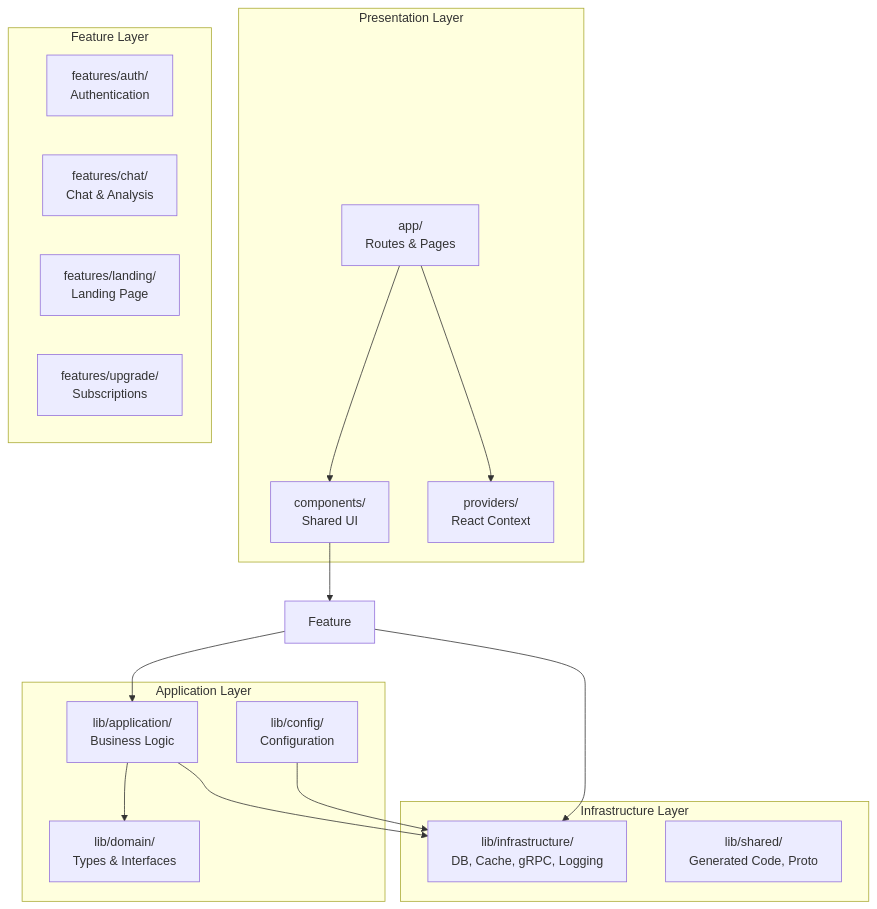
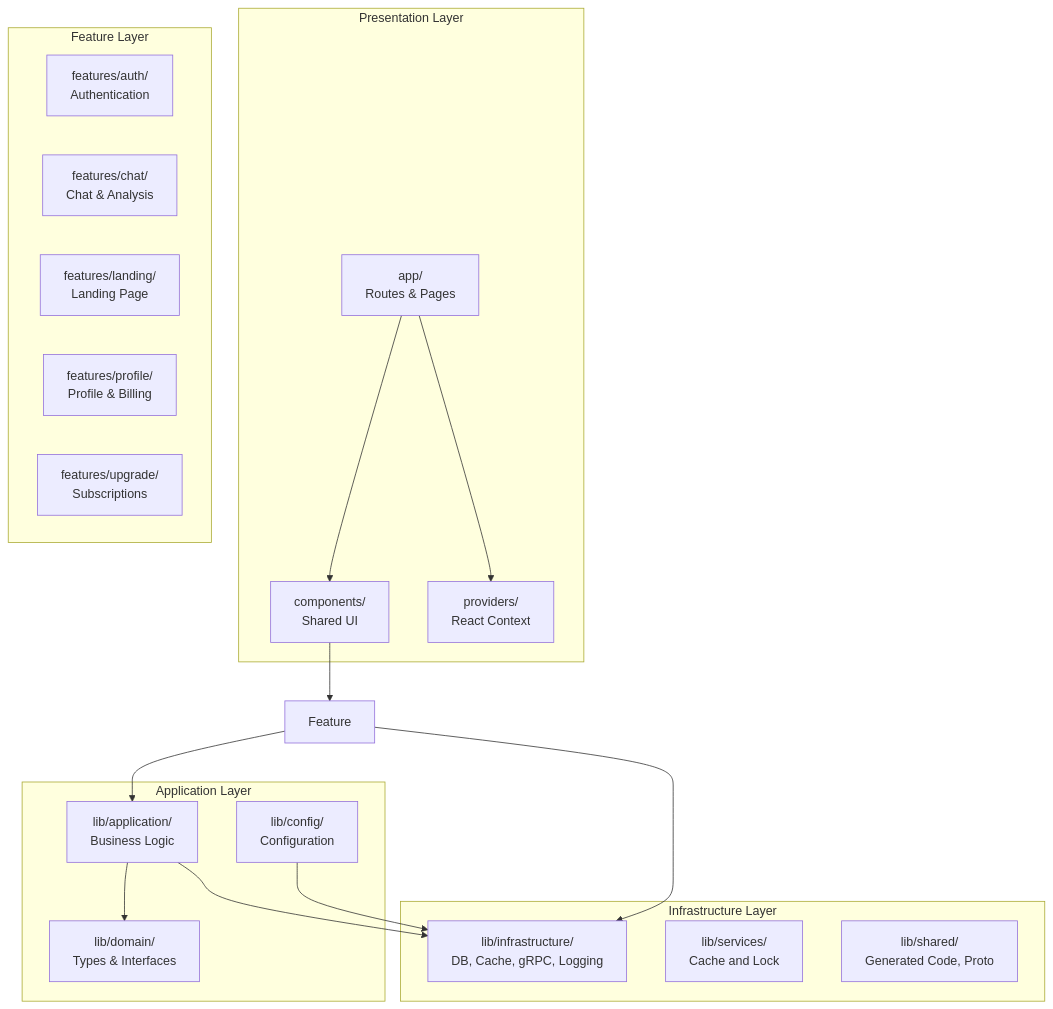
Before and after one commit to kunalPisolkar24/detectAI: the second of 4 diagrams in apps/web/docs/concepts/architecture.md, drawn with Mermaid. The commit also changed other lines of this file and 13 other files, not shown here.

````diff
--- a/apps/web/docs/concepts/architecture.md
+++ b/apps/web/docs/concepts/architecture.md
@@ -50,35 +52,37 @@
 ```mermaid
 graph TB
     subgraph "Presentation Layer"
         App[app/<br/>Routes & Pages]
         Components[components/<br/>Shared UI]
         Providers[providers/<br/>React Context]
     end
 
     subgraph "Feature Layer"
         Auth[features/auth/<br/>Authentication]
         Chat[features/chat/<br/>Chat & Analysis]
         Landing[features/landing/<br/>Landing Page]
+        Profile[features/profile/<br/>Profile & Billing]
         Upgrade[features/upgrade/<br/>Subscriptions]
     end
 
     subgraph "Application Layer"
         AppLib[lib/application/<br/>Business Logic]
         Domain[lib/domain/<br/>Types & Interfaces]
         Config[lib/config/<br/>Configuration]
     end
 
     subgraph "Infrastructure Layer"
         Infra[lib/infrastructure/<br/>DB, Cache, gRPC, Logging]
+        Services[lib/services/<br/>Cache and Lock]
         Shared[lib/shared/<br/>Generated Code, Proto]
     end
 
     App --> Components
     App --> Providers
     Components --> Feature
     Feature --> AppLib
     AppLib --> Domain
     Feature --> Infra
     AppLib --> Infra
     Config --> Infra
 ```
````
